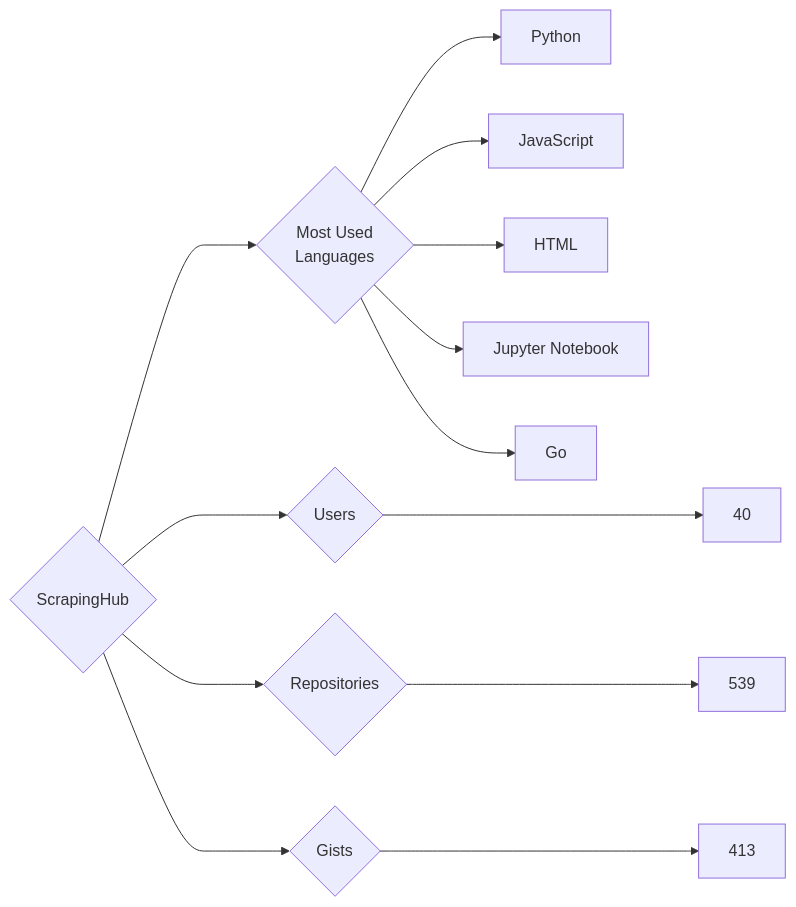
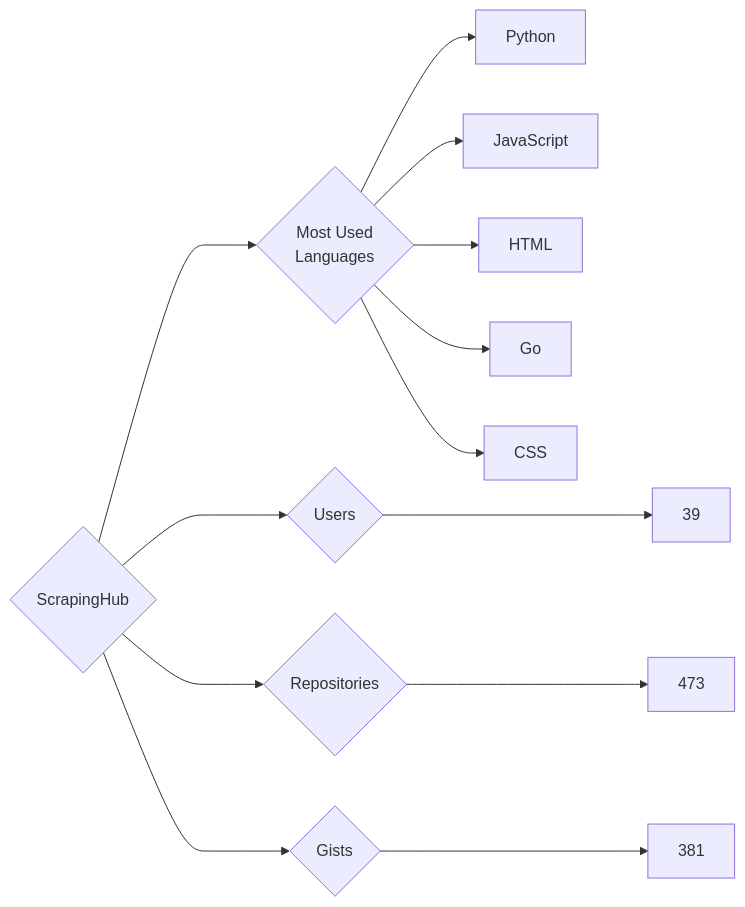
The diagram in targets/ScrapingHub/README.md (trickest/insiders), drawn with Mermaid before and after one commit. The commit also changed 870 other files, not shown here.

````diff
--- a/targets/ScrapingHub/README.md
+++ b/targets/ScrapingHub/README.md
@@ -3,13 +3,13 @@
 ```mermaid
 graph LR
 COMPANY_NAME{ScrapingHub}
-COMPANY_NAME ---> U{Users} ---> UN[40]
-COMPANY_NAME ---> R{Repositories} ---> RN[539]
-COMPANY_NAME ---> G{Gists} ---> GN[413]
+COMPANY_NAME ---> U{Users} ---> UN[39]
+COMPANY_NAME ---> R{Repositories} ---> RN[473]
+COMPANY_NAME ---> G{Gists} ---> GN[381]
 COMPANY_NAME ---> ML{Most Used<br>Languages}
 ML --> Python[Python]
 ML --> JavaScript[JavaScript]
 ML --> HTML[HTML]
-ML --> Jupyter_Notebook[Jupyter Notebook]
 ML --> Go[Go]
+ML --> CSS[CSS]
 ```
````
